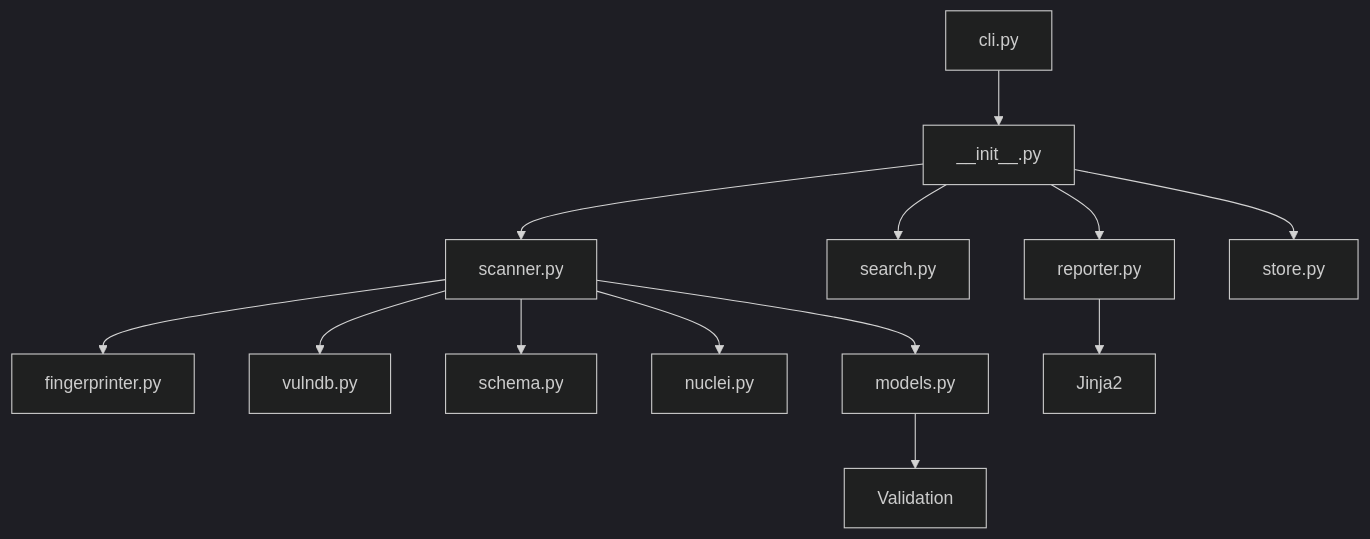
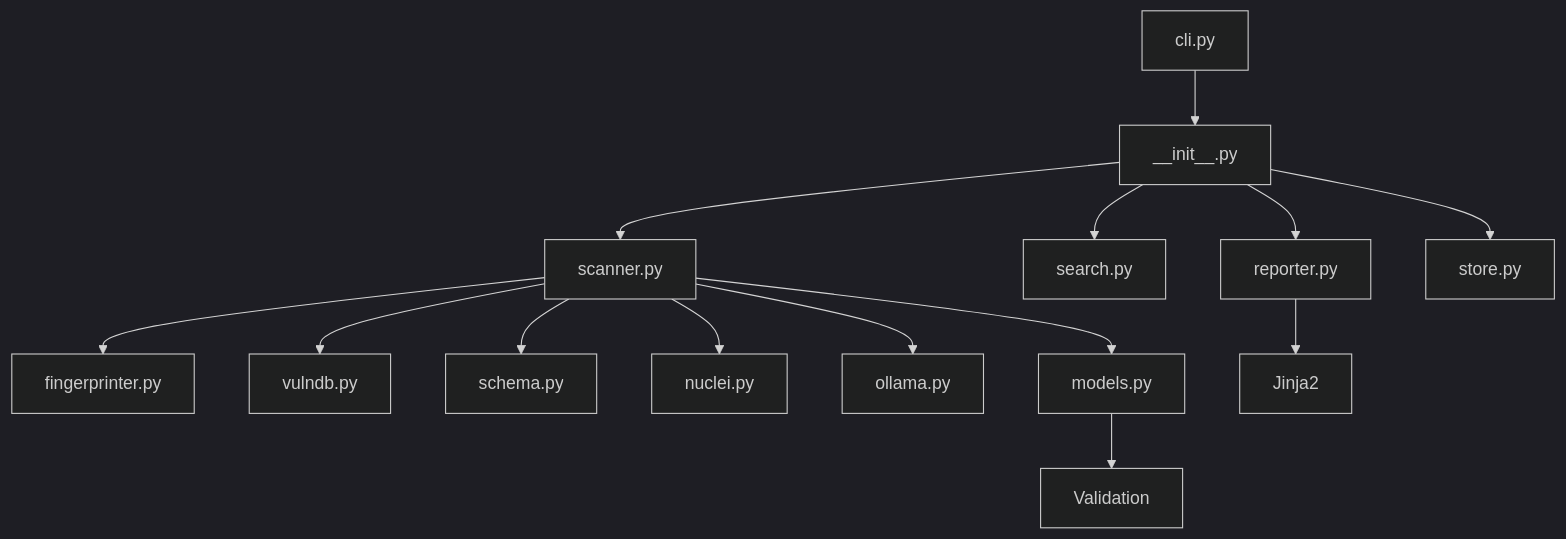
One commit to ajendras/php-fossil changed the diagram in README.md. Above: the diagram before and after it, drawn with Mermaid (dark theme). The commit also changed other lines of this file and 5 other files, not shown here.

````diff
--- a/README.md
+++ b/README.md
@@ -221,15 +239,16 @@
 ```mermaid
 flowchart TD
     CLI[cli.py] --> API[__init__.py]
     API --> Scanner[scanner.py]
     Scanner --> Fingerprinter[fingerprinter.py]
     Scanner --> VulnDB[vulndb.py]
     Scanner --> Schema[schema.py]
     Scanner --> Nuclei[nuclei.py]
+    Scanner --> Ollama[ollama.py]
     API --> Search[search.py]
     API --> Reporter[reporter.py]
     API --> Store[store.py]
     Reporter --> HTML[Jinja2]
     Scanner --> Models[models.py]
     Models --> Pydantic[Validation]
 ```
````
